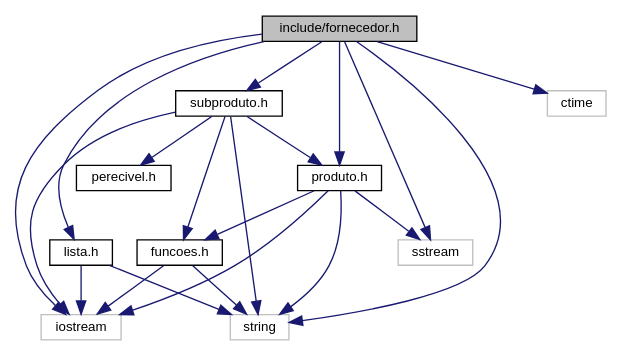
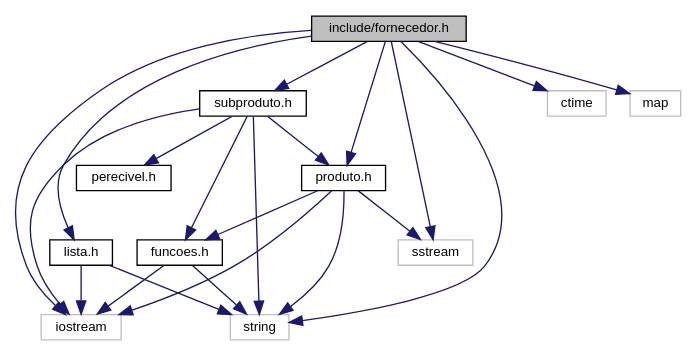
The diagram in doc/fornecedor_8h__incl.dot (EduardoRique/Projeto3-lp1), drawn with Graphviz before and after one commit. The commit also changed 101 other files, not shown here.

```diff
--- a/doc/fornecedor_8h__incl.dot
+++ b/doc/fornecedor_8h__incl.dot
@@ -1,35 +1,37 @@
 digraph "include/fornecedor.h"
 {
   edge [fontname="Helvetica",fontsize="10",labelfontname="Helvetica",labelfontsize="10"];
   node [fontname="Helvetica",fontsize="10",shape=record];
   Node1 [label="include/fornecedor.h",height=0.2,width=0.4,color="black", fillcolor="grey75", style="filled" fontcolor="black"];
   Node1 -> Node2 [color="midnightblue",fontsize="10",style="solid",fontname="Helvetica"];
   Node2 [label="iostream",height=0.2,width=0.4,color="grey75", fillcolor="white", style="filled"];
   Node1 -> Node3 [color="midnightblue",fontsize="10",style="solid",fontname="Helvetica"];
   Node3 [label="ctime",height=0.2,width=0.4,color="grey75", fillcolor="white", style="filled"];
   Node1 -> Node4 [color="midnightblue",fontsize="10",style="solid",fontname="Helvetica"];
-  Node4 [label="string",height=0.2,width=0.4,color="grey75", fillcolor="white", style="filled"];
+  Node4 [label="map",height=0.2,width=0.4,color="grey75", fillcolor="white", style="filled"];
   Node1 -> Node5 [color="midnightblue",fontsize="10",style="solid",fontname="Helvetica"];
-  Node5 [label="sstream",height=0.2,width=0.4,color="grey75", fillcolor="white", style="filled"];
+  Node5 [label="string",height=0.2,width=0.4,color="grey75", fillcolor="white", style="filled"];
   Node1 -> Node6 [color="midnightblue",fontsize="10",style="solid",fontname="Helvetica"];
-  Node6 [label="produto.h",height=0.2,width=0.4,color="black", fillcolor="white", style="filled",URL="$produto_8h.html",tooltip="Definição da classe Produto. "];
-  Node6 -> Node2 [color="midnightblue",fontsize="10",style="solid",fontname="Helvetica"];
-  Node6 -> Node4 [color="midnightblue",fontsize="10",style="solid",fontname="Helvetica"];
-  Node6 -> Node5 [color="midnightblue",fontsize="10",style="solid",fontname="Helvetica"];
-  Node6 -> Node7 [color="midnightblue",fontsize="10",style="solid",fontname="Helvetica"];
-  Node7 [label="funcoes.h",height=0.2,width=0.4,color="black", fillcolor="white", style="filled",URL="$funcoes_8h.html",tooltip="Arquivo de cabeçalho com a definição de funções auxiliares para a entrada de dados. "];
+  Node6 [label="sstream",height=0.2,width=0.4,color="grey75", fillcolor="white", style="filled"];
+  Node1 -> Node7 [color="midnightblue",fontsize="10",style="solid",fontname="Helvetica"];
+  Node7 [label="produto.h",height=0.2,width=0.4,color="black", fillcolor="white", style="filled",URL="$produto_8h.html",tooltip="Definição da classe Produto. "];
   Node7 -> Node2 [color="midnightblue",fontsize="10",style="solid",fontname="Helvetica"];
-  Node7 -> Node4 [color="midnightblue",fontsize="10",style="solid",fontname="Helvetica"];
-  Node1 -> Node8 [color="midnightblue",fontsize="10",style="solid",fontname="Helvetica"];
-  Node8 [label="subproduto.h",height=0.2,width=0.4,color="black", fillcolor="white", style="filled",URL="$subproduto_8h.html",tooltip="Definição das classe derivadas de Produto. "];
+  Node7 -> Node5 [color="midnightblue",fontsize="10",style="solid",fontname="Helvetica"];
+  Node7 -> Node6 [color="midnightblue",fontsize="10",style="solid",fontname="Helvetica"];
+  Node7 -> Node8 [color="midnightblue",fontsize="10",style="solid",fontname="Helvetica"];
+  Node8 [label="funcoes.h",height=0.2,width=0.4,color="black", fillcolor="white", style="filled",URL="$funcoes_8h.html",tooltip="Arquivo de cabeçalho com a definição de funções auxiliares para a entrada de dados. "];
   Node8 -> Node2 [color="midnightblue",fontsize="10",style="solid",fontname="Helvetica"];
-  Node8 -> Node4 [color="midnightblue",fontsize="10",style="solid",fontname="Helvetica"];
-  Node8 -> Node6 [color="midnightblue",fontsize="10",style="solid",fontname="Helvetica"];
-  Node8 -> Node9 [color="midnightblue",fontsize="10",style="solid",fontname="Helvetica"];
-  Node9 [label="perecivel.h",height=0.2,width=0.4,color="black", fillcolor="white", style="filled",URL="$perecivel_8h.html",tooltip="Definição da classe Perecivel. "];
-  Node8 -> Node7 [color="midnightblue",fontsize="10",style="solid",fontname="Helvetica"];
-  Node1 -> Node10 [color="midnightblue",fontsize="10",style="solid",fontname="Helvetica"];
-  Node10 [label="lista.h",height=0.2,width=0.4,color="black", fillcolor="white", style="filled",URL="$lista_8h.html",tooltip="Definição da classe Lista. "];
-  Node10 -> Node2 [color="midnightblue",fontsize="10",style="solid",fontname="Helvetica"];
-  Node10 -> Node4 [color="midnightblue",fontsize="10",style="solid",fontname="Helvetica"];
+  Node8 -> Node5 [color="midnightblue",fontsize="10",style="solid",fontname="Helvetica"];
+  Node1 -> Node9 [color="midnightblue",fontsize="10",style="solid",fontname="Helvetica"];
+  Node9 [label="subproduto.h",height=0.2,width=0.4,color="black", fillcolor="white", style="filled",URL="$subproduto_8h.html",tooltip="Definição das classe derivadas de Produto. "];
+  Node9 -> Node2 [color="midnightblue",fontsize="10",style="solid",fontname="Helvetica"];
+  Node9 -> Node5 [color="midnightblue",fontsize="10",style="solid",fontname="Helvetica"];
+  Node9 -> Node7 [color="midnightblue",fontsize="10",style="solid",fontname="Helvetica"];
+  Node9 -> Node10 [color="midnightblue",fontsize="10",style="solid",fontname="Helvetica"];
+  Node10 [label="perecivel.h",height=0.2,width=0.4,color="black", fillcolor="white", style="filled",URL="$perecivel_8h.html",tooltip="Definição da classe Perecivel. "];
+  Node9 -> Node8 [color="midnightblue",fontsize="10",style="solid",fontname="Helvetica"];
+  Node1 -> Node11 [color="midnightblue",fontsize="10",style="solid",fontname="Helvetica"];
+  Node11 [label="lista.h",height=0.2,width=0.4,color="black", fillcolor="white", style="filled",URL="$lista_8h.html",tooltip="Definição da classe Lista. "];
+  Node11 -> Node2 [color="midnightblue",fontsize="10",style="solid",fontname="Helvetica"];
+  Node11 -> Node5 [color="midnightblue",fontsize="10",style="solid",fontname="Helvetica"];
 }
```
